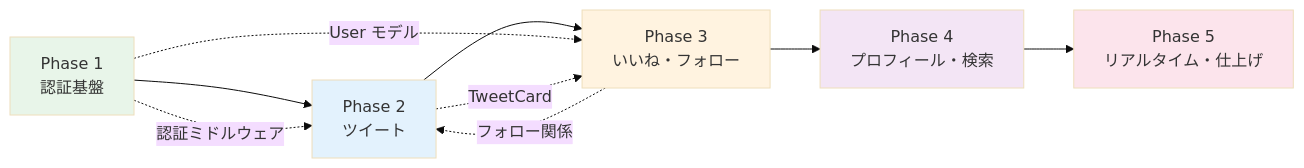
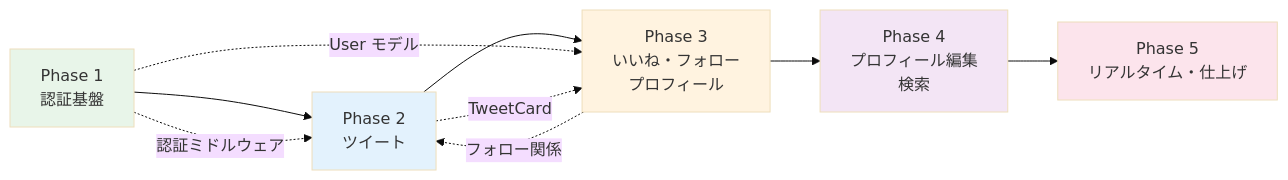
The second of 3 diagrams in docs/implementation-plan.md (Shibassssan/mini-twitter-learning), drawn with Mermaid (base theme) before and after one commit. The commit also changed other lines of this file, not shown here.

````diff
--- a/docs/implementation-plan.md
+++ b/docs/implementation-plan.md
@@ -273,17 +290,17 @@
 ```mermaid
 graph LR
     P1[Phase 1<br>認証基盤] --> P2[Phase 2<br>ツイート]
-    P2 --> P3[Phase 3<br>いいね・フォロー]
-    P3 --> P4[Phase 4<br>プロフィール・検索]
+    P2 --> P3[Phase 3<br>いいね・フォロー<br>プロフィール]
+    P3 --> P4[Phase 4<br>プロフィール編集<br>検索]
     P4 --> P5[Phase 5<br>リアルタイム・仕上げ]
 
     P1 -.->|User モデル| P3
     P1 -.->|認証ミドルウェア| P2
     P2 -.->|TweetCard| P3
     P3 -.->|フォロー関係| P2
     style P1 fill:#e8f5e9
     style P2 fill:#e3f2fd
     style P3 fill:#fff3e0
     style P4 fill:#f3e5f5
     style P5 fill:#fce4ec
 ```
````
